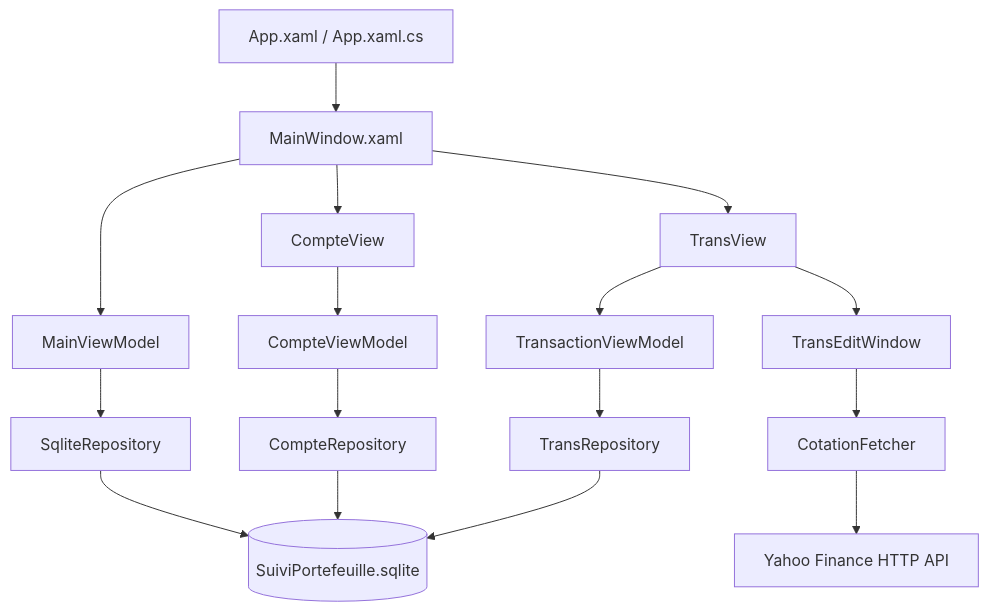
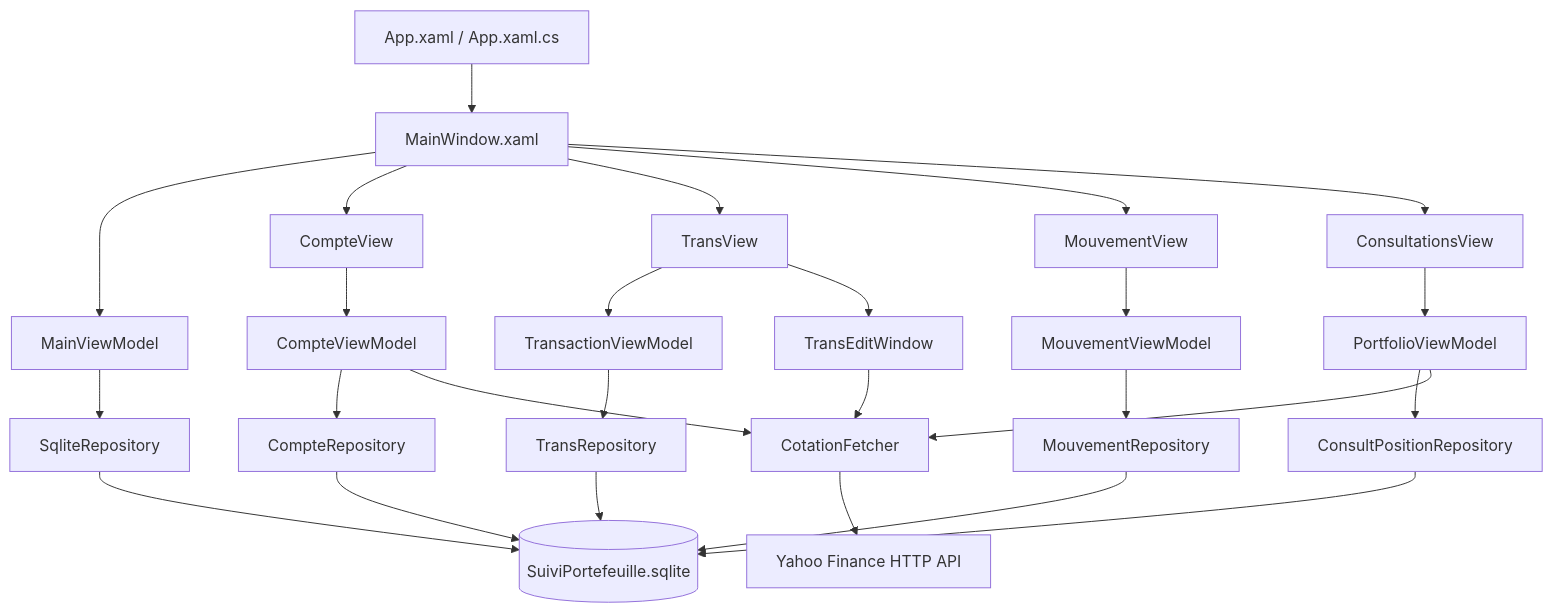
The first of 6 diagrams in Developpemnt/SuiviPortefolio/REVERSE_ENGINEERING.md (yves01250/DevAvecGithub), drawn with Mermaid before and after one commit. The commit also changed other lines of this file and 39 other files, not shown here.

````diff
--- a/Developpemnt/SuiviPortefolio/REVERSE_ENGINEERING.md
+++ b/Developpemnt/SuiviPortefolio/REVERSE_ENGINEERING.md
@@ -40,21 +49,31 @@
 ```mermaid
 flowchart TD
     App[App.xaml / App.xaml.cs] --> MainWindow[MainWindow.xaml]
     MainWindow --> PortfolioVM[MainViewModel]
     MainWindow --> AccountView[CompteView]
     MainWindow --> TransactionView[TransView]
+    MainWindow --> MovementView[MouvementView]
+    MainWindow --> ConsultationView[ConsultationsView]
 
     PortfolioVM --> SqliteRepository[SqliteRepository]
     AccountView --> AccountVM[CompteViewModel]
     TransactionView --> TransactionVM[TransactionViewModel]
+    MovementView --> MovementVM[MouvementViewModel]
+    ConsultationView --> ConsultationVM[PortfolioViewModel]
 
     AccountVM --> AccountRepository[CompteRepository]
     TransactionVM --> TransactionRepository[TransRepository]
+    MovementVM --> MovementRepository[MouvementRepository]
+    ConsultationVM --> PositionRepository[ConsultPositionRepository]
+    ConsultationVM --> QuoteFetcher
     TransactionView --> QuoteDialog[TransEditWindow]
     QuoteDialog --> QuoteFetcher[CotationFetcher]
+    AccountVM --> QuoteFetcher
 
     SqliteRepository --> SQLite[(SuiviPortefeuille.sqlite)]
     AccountRepository --> SQLite
     TransactionRepository --> SQLite
+    MovementRepository --> SQLite
+    PositionRepository --> SQLite
     QuoteFetcher --> Yahoo[Yahoo Finance HTTP API]
 ```
````
